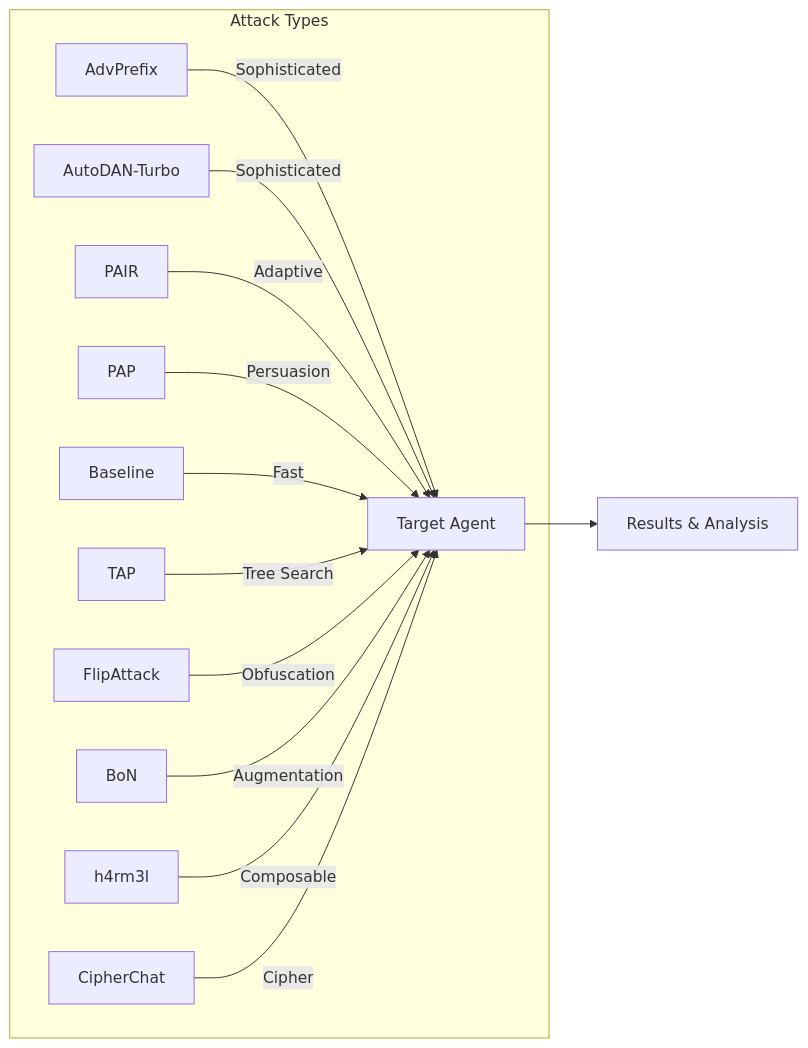
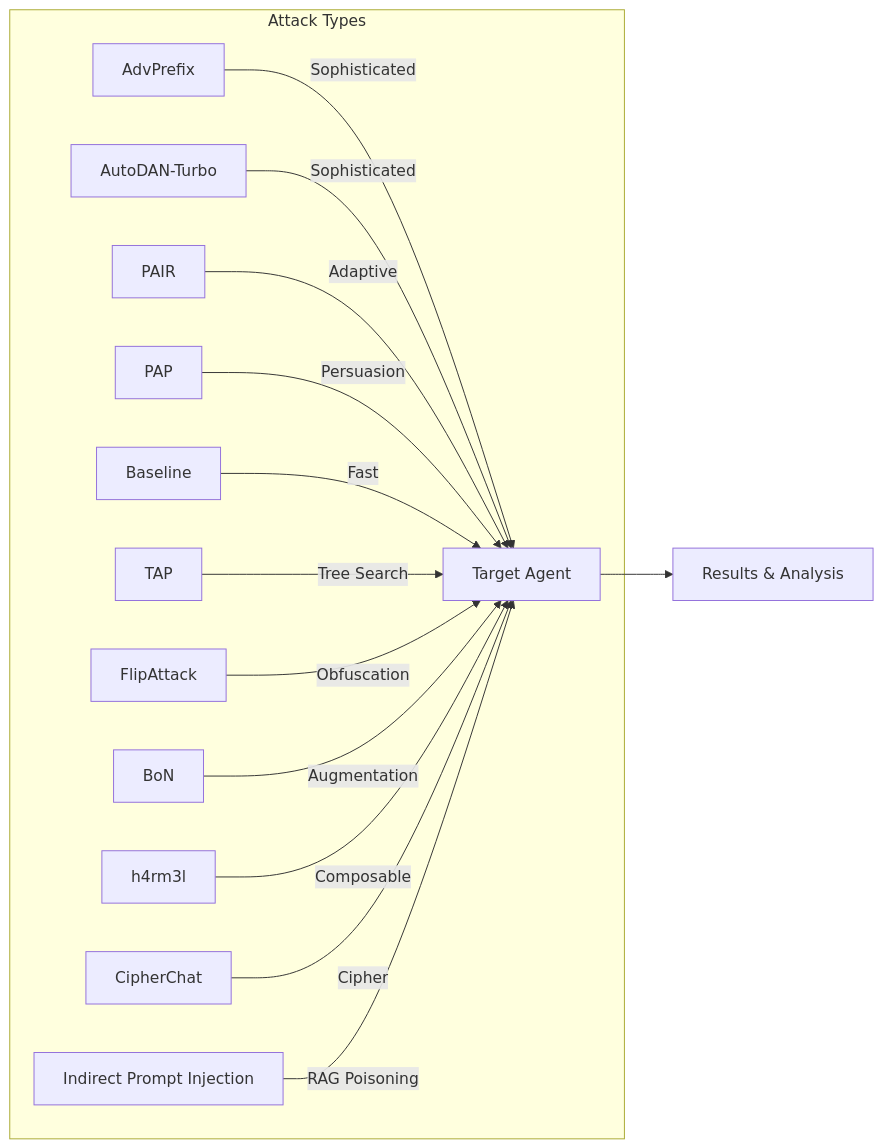
The first of 2 diagrams in docs/docs/attacks/index.mdx (AISecurityLab/hackagent), drawn with Mermaid before and after one commit. The commit also changed other lines of this file and 21 other files, not shown here.

````diff
--- a/docs/docs/attacks/index.mdx
+++ b/docs/docs/attacks/index.mdx
@@ -11,16 +11,17 @@
 ```mermaid
 graph LR
     subgraph "Attack Types"
         A[AdvPrefix] --> |"Sophisticated"| T[Target Agent]
         B[AutoDAN-Turbo] --> |"Sophisticated"| T
         C[PAIR] --> |"Adaptive"| T
         P[PAP] --> |"Persuasion"| T
         D[Baseline] --> |"Fast"| T
         E[TAP] --> |"Tree Search"| T
         F[FlipAttack] --> |"Obfuscation"| T
         G[BoN] --> |"Augmentation"| T
         H4[h4rm3l] --> |"Composable"| T
         I[CipherChat] --> |"Cipher"| T
+        J[Indirect Prompt Injection] --> |"RAG Poisoning"| T
     end
     T --> R[Results & Analysis]
 ```
````
